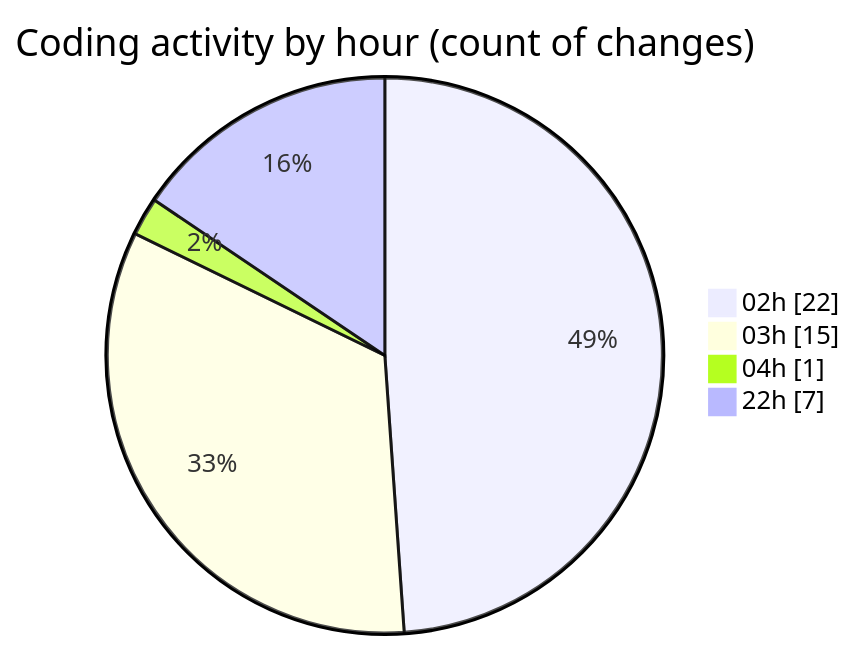
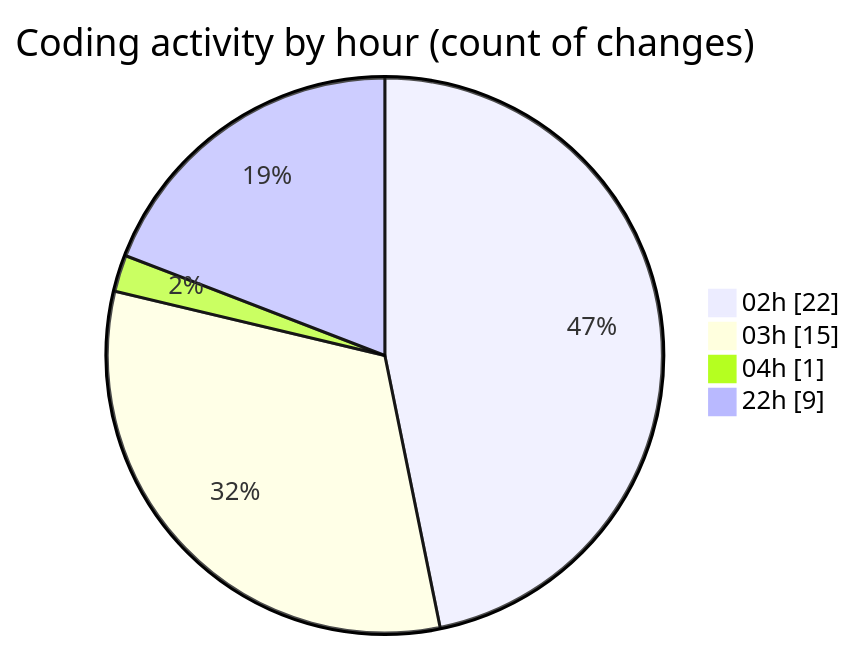
One commit to EIIisD/code-tracking changed the second of 2 diagrams in 2025-07-11/ribbon/README.md. Above: the diagram before and after it, drawn with Mermaid. The commit also changed other lines of this file and 1 other file, not shown here.

````diff
--- a/2025-07-11/ribbon/README.md
+++ b/2025-07-11/ribbon/README.md
@@ -44,8 +45,8 @@
 ```mermaid
 pie showData
 title Coding activity by hour (count of changes)
 "02h" : 22
 "03h" : 15
 "04h" : 1
-"22h" : 7
+"22h" : 9
 ```
````
